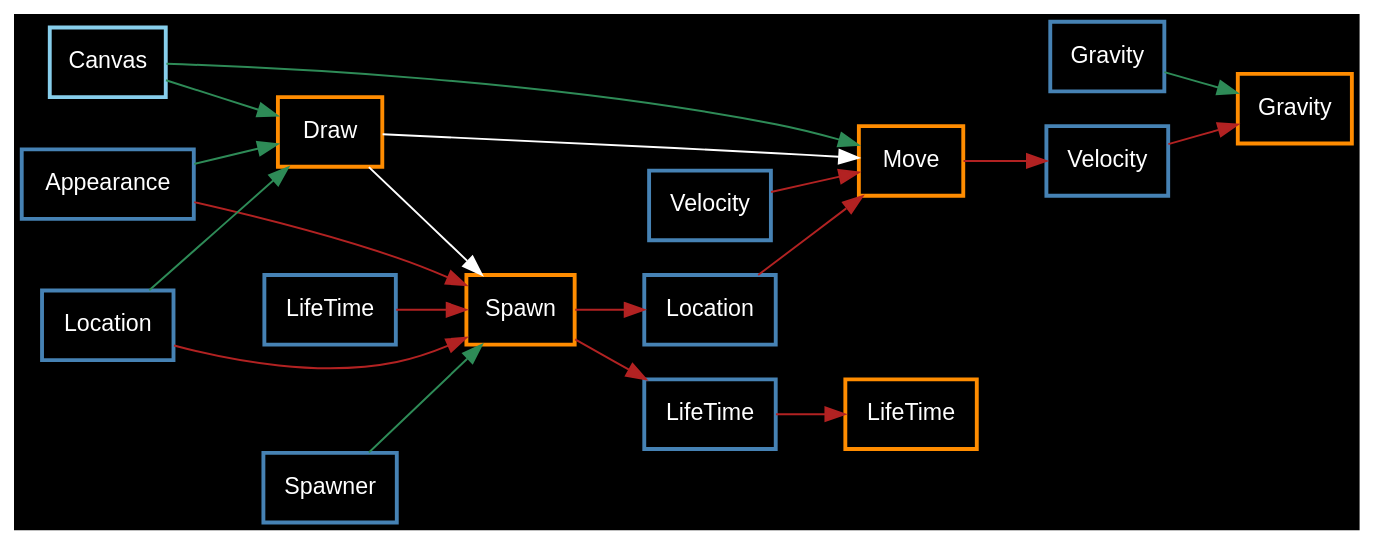
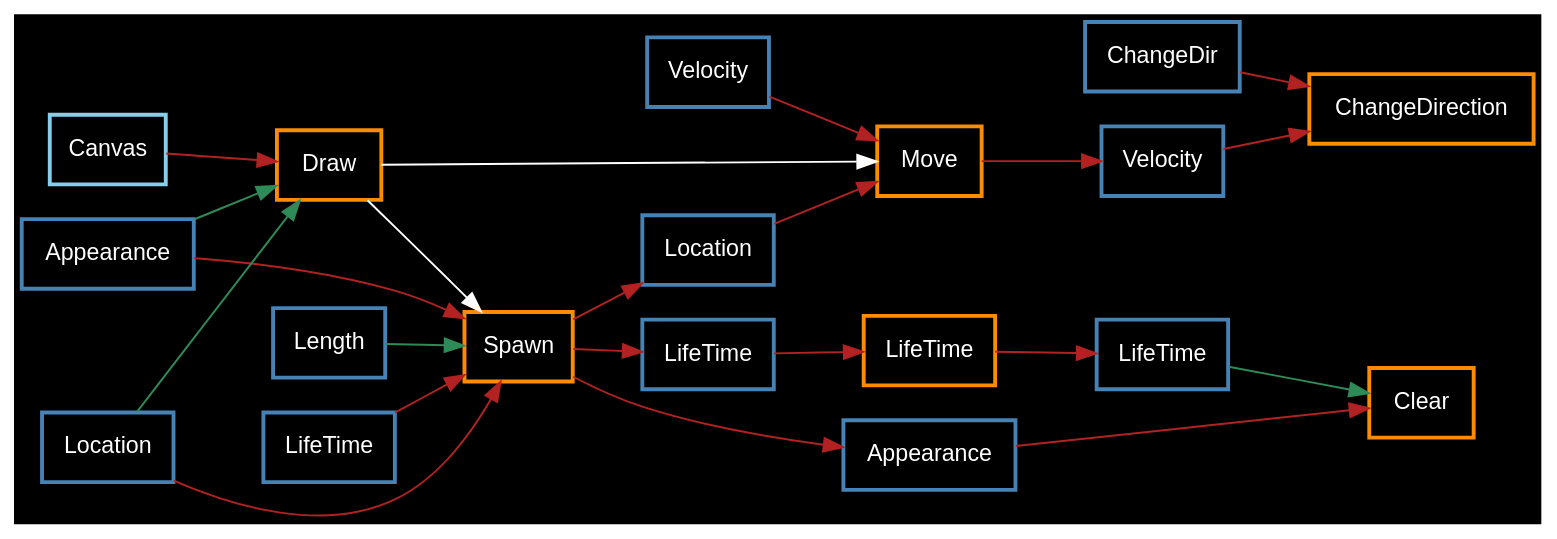
One commit to BenzzzX/NESL changed the diagram in ESLConsole/test.gv. Above: the diagram before and after it, drawn with Graphviz. The commit also changed 15 other files, not shown here.

```diff
--- a/ESLConsole/test.gv
+++ b/ESLConsole/test.gv
@@ -1,47 +1,57 @@
 digraph framegraph 
 {
 rankdir = LR
 bgcolor = black
 
 node [shape=rectangle, fontname="helvetica", fontsize=12, fontcolor=white]
 
 "Draw" [label="Draw", style=bold, color=darkorange]
 "Move" [label="Move", style=bold, color=darkorange]
 "LifeTime" [label="LifeTime", style=bold, color=darkorange]
+"ChangeDirection" [label="ChangeDirection", style=bold, color=darkorange]
+"Clear" [label="Clear", style=bold, color=darkorange]
 "Spawn" [label="Spawn", style=bold, color=darkorange]
-"Gravity" [label="Gravity", style=bold, color=darkorange]
 
 "Draw" -> { "Move" } [color=white]
 "Draw" -> { "Spawn" } [color=white]
 
+"Length0" [label="Length", style=bold, color= steelblue]
+"Length0" -> { "Spawn" } [color=seagreen]
 "Appearance0" [label="Appearance", style=bold, color= steelblue]
 "Appearance0" -> { "Draw" } [color=seagreen]
 "Appearance0" -> { "Spawn" } [color=firebrick]
 "LifeTime0" [label="LifeTime", style=bold, color= steelblue]
 "LifeTime0" -> { } [color=seagreen]
 "LifeTime0" -> { "Spawn" } [color=firebrick]
 "Canvas0" [label="Canvas", style=bold, color= skyblue]
-"Canvas0" -> { "Draw" "Move" } [color=seagreen]
+"Canvas0" -> { } [color=seagreen]
+"Canvas0" -> { "Draw" } [color=firebrick]
 "Location0" [label="Location", style=bold, color= steelblue]
 "Location0" -> { "Draw" } [color=seagreen]
 "Location0" -> { "Spawn" } [color=firebrick]
 "Velocity0" [label="Velocity", style=bold, color= steelblue]
 "Velocity0" -> { } [color=seagreen]
 "Velocity0" -> { "Move" } [color=firebrick]
-"Spawner0" [label="Spawner", style=bold, color= steelblue]
-"Spawner0" -> { "Spawn" } [color=seagreen]
-"Gravity0" [label="Gravity", style=bold, color= steelblue]
-"Gravity0" -> { "Gravity" } [color=seagreen]
+"ChangeDir0" [label="ChangeDir", style=bold, color= steelblue]
+"ChangeDir0" -> { } [color=seagreen]
+"ChangeDir0" -> { "ChangeDirection" } [color=firebrick]
 "LifeTime1" [label="LifeTime", style=bold, color= steelblue]
 "LifeTime1" -> { } [color=seagreen]
 "LifeTime1" -> { "LifeTime" } [color=firebrick]
 "Spawn" -> { "LifeTime1" } [color=firebrick]
 "Location1" [label="Location", style=bold, color= steelblue]
 "Location1" -> { } [color=seagreen]
 "Location1" -> { "Move" } [color=firebrick]
 "Spawn" -> { "Location1" } [color=firebrick]
+"Appearance1" [label="Appearance", style=bold, color= steelblue]
+"Appearance1" -> { } [color=seagreen]
+"Appearance1" -> { "Clear" } [color=firebrick]
+"Spawn" -> { "Appearance1" } [color=firebrick]
 "Velocity1" [label="Velocity", style=bold, color= steelblue]
 "Velocity1" -> { } [color=seagreen]
-"Velocity1" -> { "Gravity" } [color=firebrick]
+"Velocity1" -> { "ChangeDirection" } [color=firebrick]
 "Move" -> { "Velocity1" } [color=firebrick]
+"LifeTime2" [label="LifeTime", style=bold, color= steelblue]
+"LifeTime2" -> { "Clear" } [color=seagreen]
+"LifeTime" -> { "LifeTime2" } [color=firebrick]
 }
```
